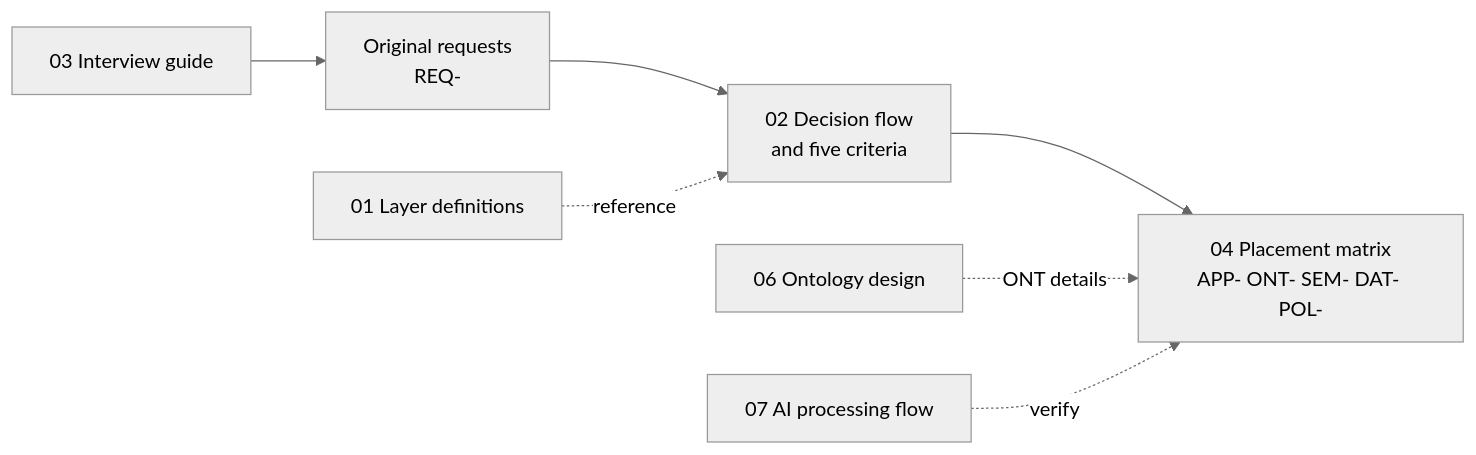
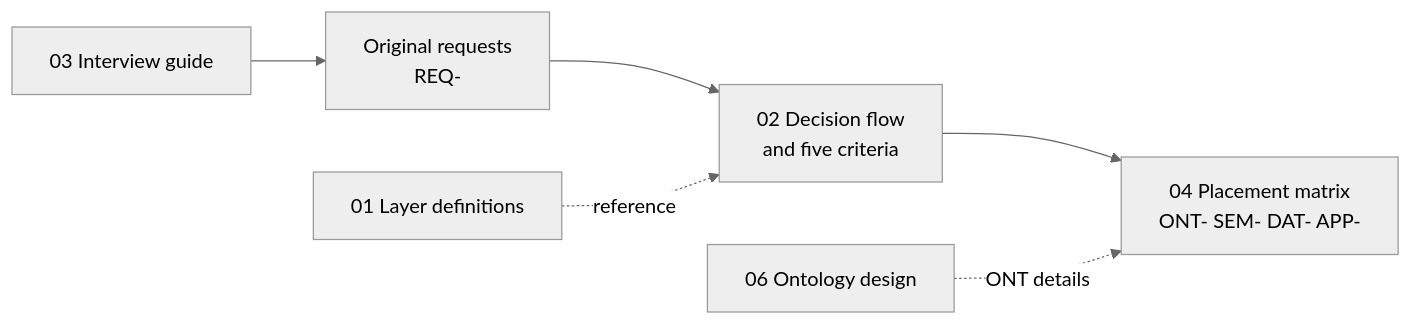
Before and after one commit to keito118/ai-ready-requirements: the diagram in README.md, drawn with Mermaid (neutral theme). The commit also changed other lines of this file and 16 other files, not shown here.

````diff
--- a/README.md
+++ b/README.md
@@ -55,9 +13,8 @@
 ```mermaid
 flowchart LR
   I[03 Interview guide] --> R[Original requests<br/>REQ-]
   R --> F[02 Decision flow<br/>and five criteria]
-  F --> M[04 Placement matrix<br/>APP- ONT- SEM- DAT- POL-]
+  F --> M[04 Placement matrix<br/>ONT- SEM- DAT- APP-]
   L[01 Layer definitions] -. reference .-> F
   OD[06 Ontology design] -. ONT details .-> M
-  AF[07 AI processing flow] -. verify .-> M
 ```
````
